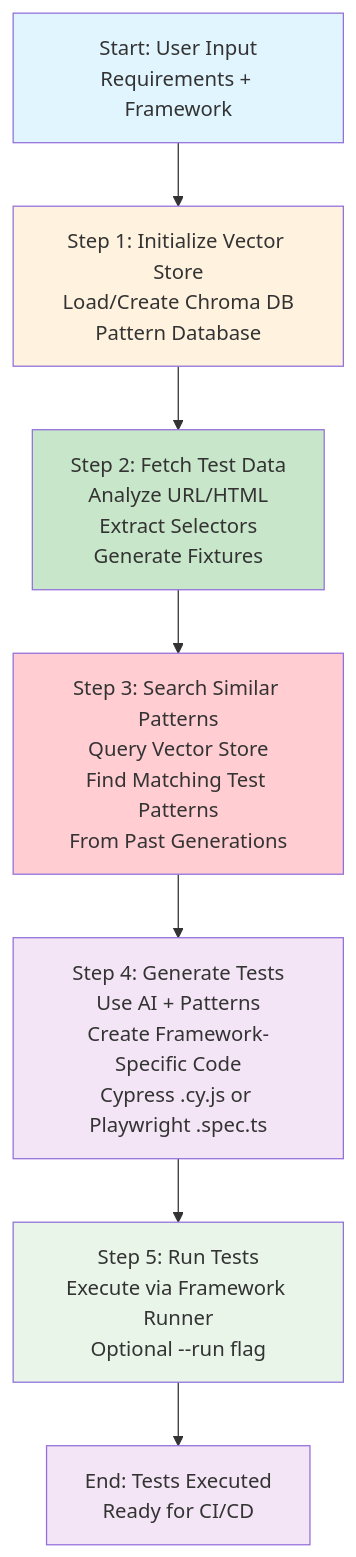
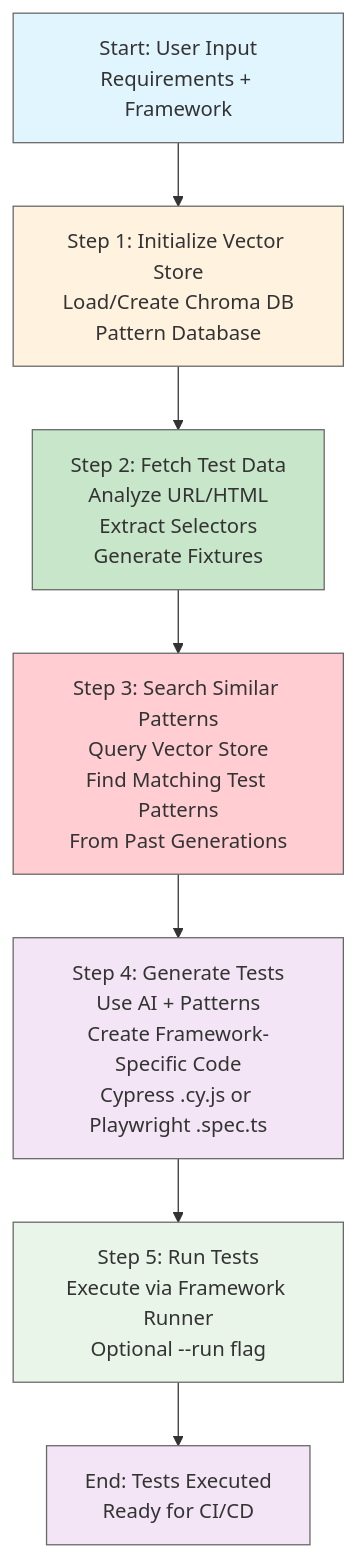
One commit to aiqualitylab/ai-natural-language-tests changed the second of 3 diagrams in README.md. Above: the diagram before and after it, drawn with Mermaid. The commit also changed other lines of this file, not shown here.

Commit message:
fix invisible node text in Mermaid diagrams by adding explicit dark color and stroke

````diff
--- a/README.md
+++ b/README.md
@@ -123,17 +123,17 @@
 ```mermaid
 flowchart TD
     A[Start: User Input<br/>Requirements + Framework] --> B[Step 1: Initialize Vector Store<br/>Load/Create Chroma DB<br/>Pattern Database]
     B --> C[Step 2: Fetch Test Data<br/>Analyze URL/HTML<br/>Extract Selectors<br/>Generate Fixtures]
     C --> D[Step 3: Search Similar Patterns<br/>Query Vector Store<br/>Find Matching Test Patterns<br/>From Past Generations]
     D --> E[Step 4: Generate Tests<br/>Use AI + Patterns<br/>Create Framework-Specific Code<br/>Cypress .cy.js or Playwright .spec.ts]
     E --> F[Step 5: Run Tests<br/>Execute via Framework Runner<br/>Optional --run flag]
     F --> G[End: Tests Executed<br/>Ready for CI/CD]
 
-    style A fill:#e1f5fe
-    style B fill:#fff3e0
-    style C fill:#c8e6c9
-    style D fill:#ffcdd2
-    style E fill:#f3e5f5
-    style F fill:#e8f5e8
-    style G fill:#f3e5f5
+    style A fill:#e1f5fe,color:#333333,stroke:#666666
+    style B fill:#fff3e0,color:#333333,stroke:#666666
+    style C fill:#c8e6c9,color:#333333,stroke:#666666
+    style D fill:#ffcdd2,color:#333333,stroke:#666666
+    style E fill:#f3e5f5,color:#333333,stroke:#666666
+    style F fill:#e8f5e8,color:#333333,stroke:#666666
+    style G fill:#f3e5f5,color:#333333,stroke:#666666
 ```
````
